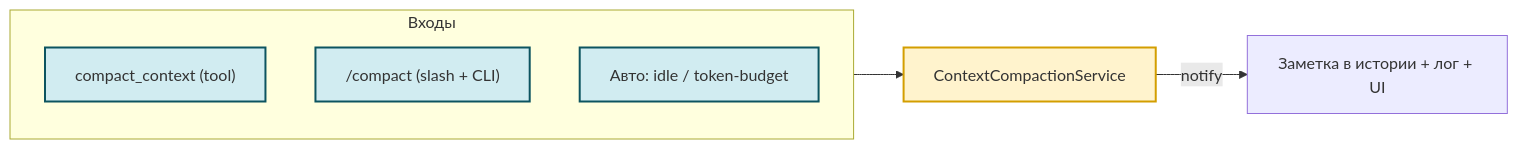
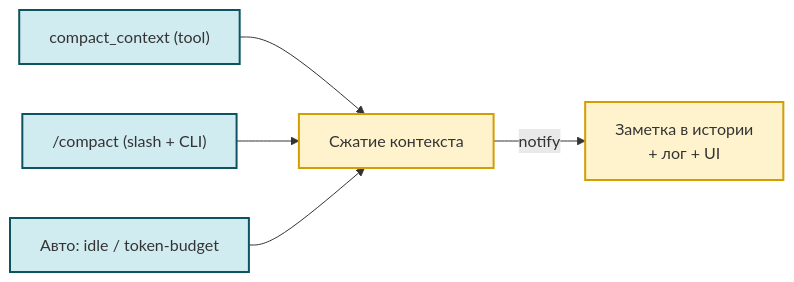
Before and after one commit to AlexEgorov85/workspaces_nanobot: the third of 4 diagrams in docs/ARCHITECTURE.md, drawn with Mermaid. The commit also changed other lines of this file and 2 other files, not shown here.

First line of the commit message:
docs(diagrams): перейти на понятийные подписи вместо имён классов

````diff
--- a/docs/ARCHITECTURE.md
+++ b/docs/ARCHITECTURE.md
@@ -333,14 +316,11 @@
 ```mermaid
 flowchart LR
-    subgraph IN["Входы"]
-        TOOL["compact_context (tool)"]
-        SLASH["/compact (slash + CLI)"]
-        AUTO["Авто: idle / token-budget"]
-    end
-    IN --> SVC["ContextCompactionService"]
-    SVC -->|notify| OUT["Заметка в истории + лог + UI"]
+    TOOL["compact_context (tool)"] --> SVC["Сжатие контекста"]
+    SLASH["/compact (slash + CLI)"] --> SVC
+    AUTO["Авто: idle / token-budget"] --> SVC
+    SVC["Сжатие контекста"] -->|notify| OUT["Заметка в истории<br/>+ лог + UI"]
     classDef entry fill:#d1ecf1,stroke:#0c5460,stroke-width:2px
     classDef core fill:#fff3cd,stroke:#d39e00,stroke-width:2px
     class TOOL,SLASH,AUTO entry
-    class SVC core
+    class SVC,OUT core
 ```
````
